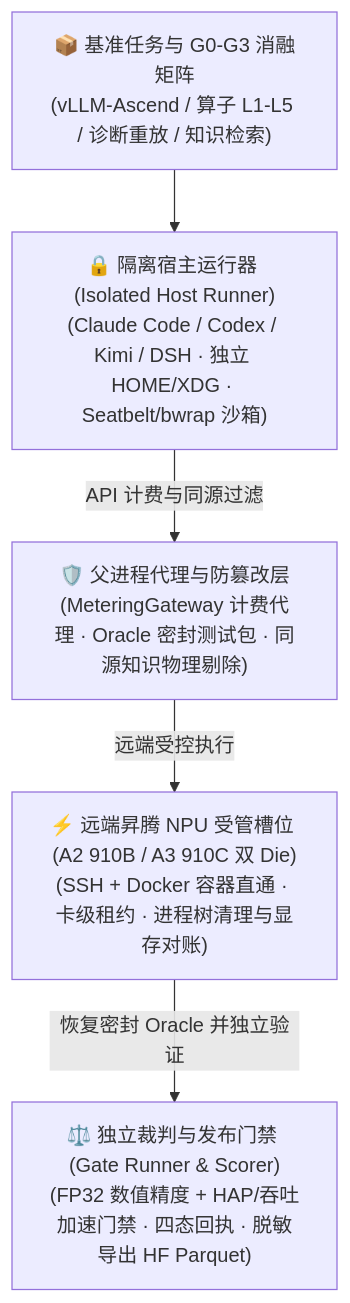
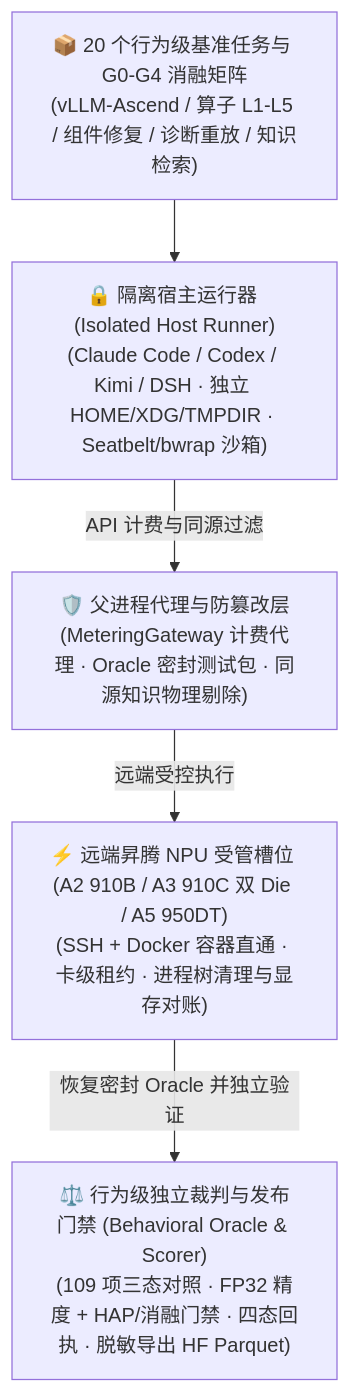
The diagram in README.md (mindie-agent/mindie-bench), drawn with Mermaid before and after one commit. The commit also changed other lines of this file and 6 other files, not shown here.

````diff
--- a/README.md
+++ b/README.md
@@ -35,13 +36,13 @@
 ```mermaid
 flowchart TB
-    Task["📦 基准任务与 G0-G3 消融矩阵<br/>(vLLM-Ascend / 算子 L1-L5 / 诊断重放 / 知识检索)"]
-    Sandbox["🔒 隔离宿主运行器 (Isolated Host Runner)<br/>(Claude Code / Codex / Kimi / DSH · 独立 HOME/XDG · Seatbelt/bwrap 沙箱)"]
+    Task["📦 20 个行为级基准任务与 G0-G4 消融矩阵<br/>(vLLM-Ascend / 算子 L1-L5 / 组件修复 / 诊断重放 / 知识检索)"]
+    Sandbox["🔒 隔离宿主运行器 (Isolated Host Runner)<br/>(Claude Code / Codex / Kimi / DSH · 独立 HOME/XDG/TMPDIR · Seatbelt/bwrap 沙箱)"]
     Broker["🛡️ 父进程代理与防篡改层<br/>(MeteringGateway 计费代理 · Oracle 密封测试包 · 同源知识物理剔除)"]
-    Slot["⚡ 远端昇腾 NPU 受管槽位 (A2 910B / A3 910C 双 Die)<br/>(SSH + Docker 容器直通 · 卡级租约 · 进程树清理与显存对账)"]
-    Gate["⚖️ 独立裁判与发布门禁 (Gate Runner & Scorer)<br/>(FP32 数值精度 + HAP/吞吐加速门禁 · 四态回执 · 脱敏导出 HF Parquet)"]
+    Slot["⚡ 远端昇腾 NPU 受管槽位 (A2 910B / A3 910C 双 Die / A5 950DT)<br/>(SSH + Docker 容器直通 · 卡级租约 · 进程树清理与显存对账)"]
+    Gate["⚖️ 行为级独立裁判与发布门禁 (Behavioral Oracle & Scorer)<br/>(109 项三态对照 · FP32 精度 + HAP/消融门禁 · 四态回执 · 脱敏导出 HF Parquet)"]
 
     Task --> Sandbox
     Sandbox -->|"API 计费与同源过滤"| Broker
     Broker -->|"远端受控执行"| Slot
     Slot -->|"恢复密封 Oracle 并独立验证"| Gate
 ```
````
